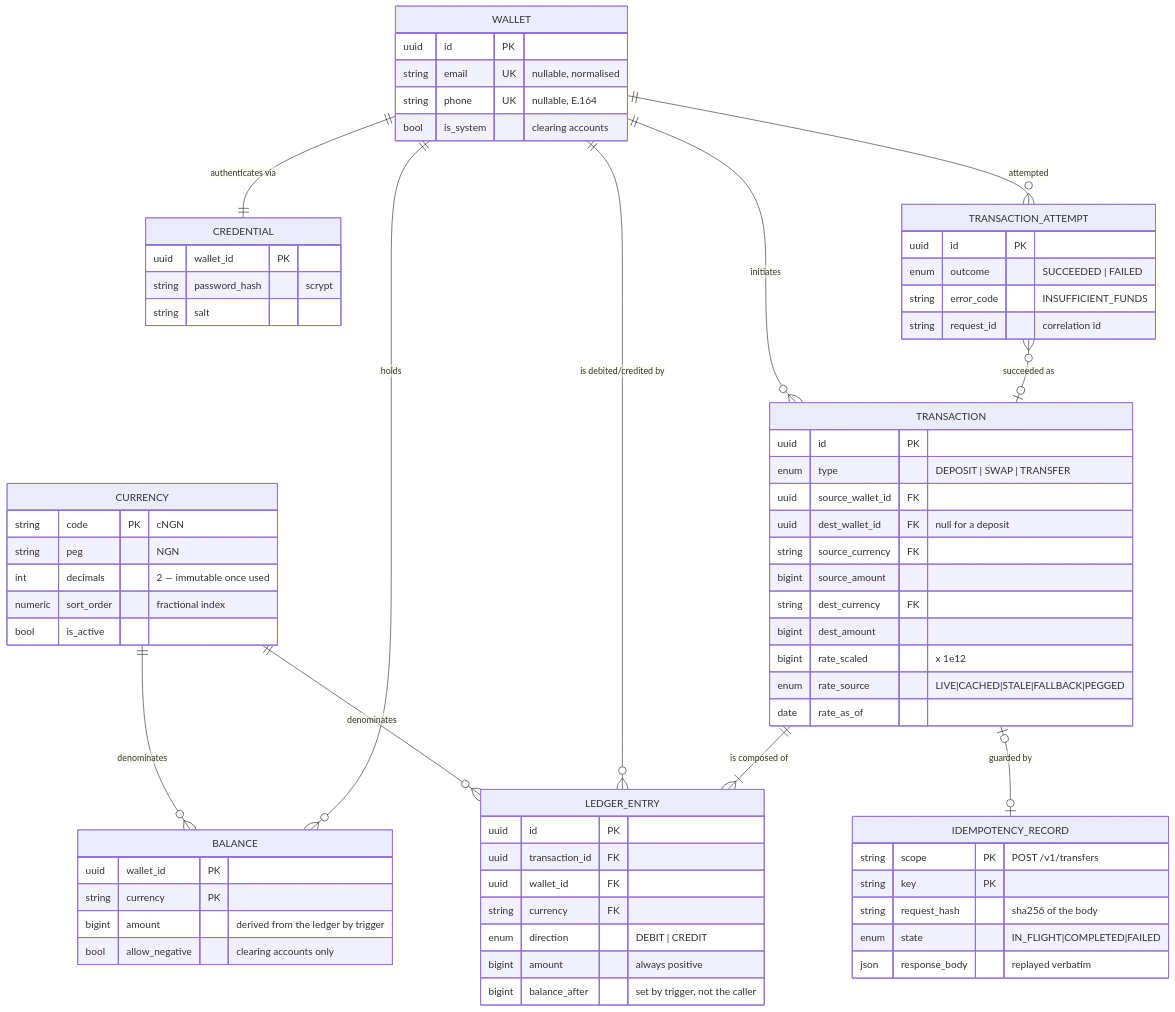
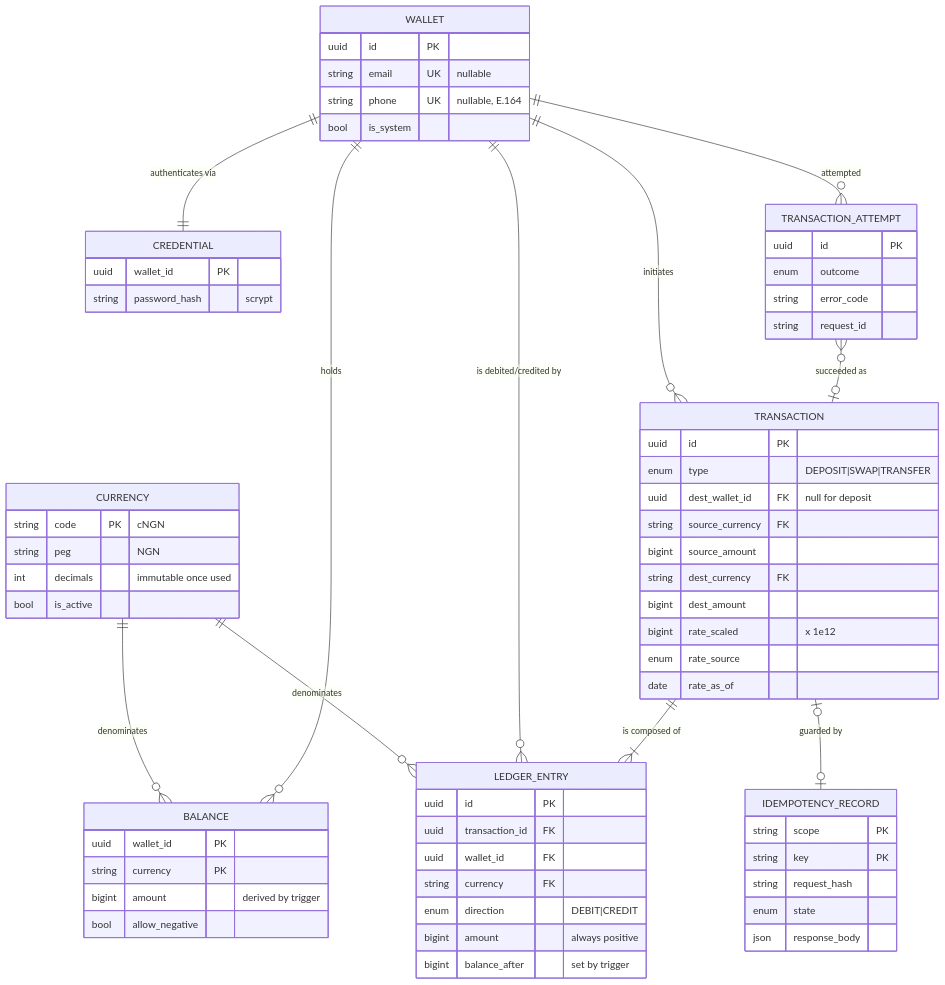
Before and after one commit to victorukeh/Swipe-Pay: the diagram in README.md, drawn with Mermaid. The commit also changed other lines of this file, not shown here.

````diff
--- a/README.md
+++ b/README.md
@@ -452,73 +274,25 @@
 ```mermaid
 erDiagram
     CURRENCY  ||--o{ BALANCE            : denominates
     CURRENCY  ||--o{ LEDGER_ENTRY       : denominates
     WALLET    ||--o{ BALANCE            : holds
     WALLET    ||--|| CREDENTIAL         : "authenticates via"
     WALLET    ||--o{ LEDGER_ENTRY       : "is debited/credited by"
     WALLET    ||--o{ TRANSACTION        : initiates
     WALLET    ||--o{ TRANSACTION_ATTEMPT: attempted
     TRANSACTION ||--|{ LEDGER_ENTRY     : "is composed of"
     TRANSACTION |o--o| IDEMPOTENCY_RECORD : "guarded by"
     TRANSACTION_ATTEMPT }o--o| TRANSACTION : "succeeded as"
 
-    CURRENCY {
-        string  code PK "cNGN"
-        string  peg "NGN"
-        int     decimals "2 — immutable once used"
-        numeric sort_order "fractional index"
-        bool    is_active
-    }
-    WALLET {
-        uuid    id PK
-        string  email UK "nullable, normalised"
-        string  phone UK "nullable, E.164"
-        bool    is_system "clearing accounts"
-    }
-    CREDENTIAL {
-        uuid   wallet_id PK
-        string password_hash "scrypt"
-        string salt
-    }
-    BALANCE {
-        uuid   wallet_id PK
-        string currency PK
-        bigint amount "derived from the ledger by trigger"
-        bool   allow_negative "clearing accounts only"
-    }
-    TRANSACTION {
-        uuid   id PK
-        enum   type "DEPOSIT | SWAP | TRANSFER"
-        uuid   source_wallet_id FK
-        uuid   dest_wallet_id FK "null for a deposit"
-        string source_currency FK
-        bigint source_amount
-        string dest_currency FK
-        bigint dest_amount
-        bigint rate_scaled "x 1e12"
-        enum   rate_source "LIVE|CACHED|STALE|FALLBACK|PEGGED"
-        date   rate_as_of
-    }
-    LEDGER_ENTRY {
-        uuid   id PK
-        uuid   transaction_id FK
-        uuid   wallet_id FK
-        string currency FK
-        enum   direction "DEBIT | CREDIT"
-        bigint amount "always positive"
-        bigint balance_after "set by trigger, not the caller"
-    }
-    IDEMPOTENCY_RECORD {
-        string scope PK "POST /v1/transfers"
-        string key PK
-        string request_hash "sha256 of the body"
-        enum   state "IN_FLIGHT|COMPLETED|FAILED"
-        json   response_body "replayed verbatim"
-    }
-    TRANSACTION_ATTEMPT {
-        uuid   id PK
-        enum   outcome "SUCCEEDED | FAILED"
-        string error_code "INSUFFICIENT_FUNDS"
-        string request_id "correlation id"
-    }
+    CURRENCY { string code PK "cNGN" string peg "NGN" int decimals "immutable once used" bool is_active }
+    WALLET { uuid id PK string email UK "nullable" string phone UK "nullable, E.164" bool is_system }
+    CREDENTIAL { uuid wallet_id PK string password_hash "scrypt" }
+    BALANCE { uuid wallet_id PK string currency PK bigint amount "derived by trigger" bool allow_negative }
+    TRANSACTION { uuid id PK enum type "DEPOSIT|SWAP|TRANSFER" uuid dest_wallet_id FK "null for deposit"
+        string source_currency FK bigint source_amount string dest_currency FK bigint dest_amount
+        bigint rate_scaled "x 1e12" enum rate_source date rate_as_of }
+    LEDGER_ENTRY { uuid id PK uuid transaction_id FK uuid wallet_id FK string currency FK
+        enum direction "DEBIT|CREDIT" bigint amount "always positive" bigint balance_after "set by trigger" }
+    IDEMPOTENCY_RECORD { string scope PK string key PK string request_hash enum state json response_body }
+    TRANSACTION_ATTEMPT { uuid id PK enum outcome string error_code string request_id }
 ```
````
